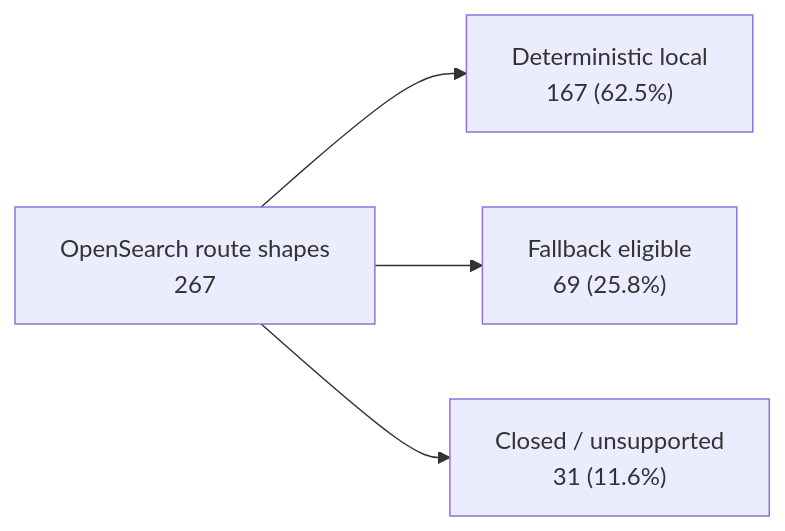
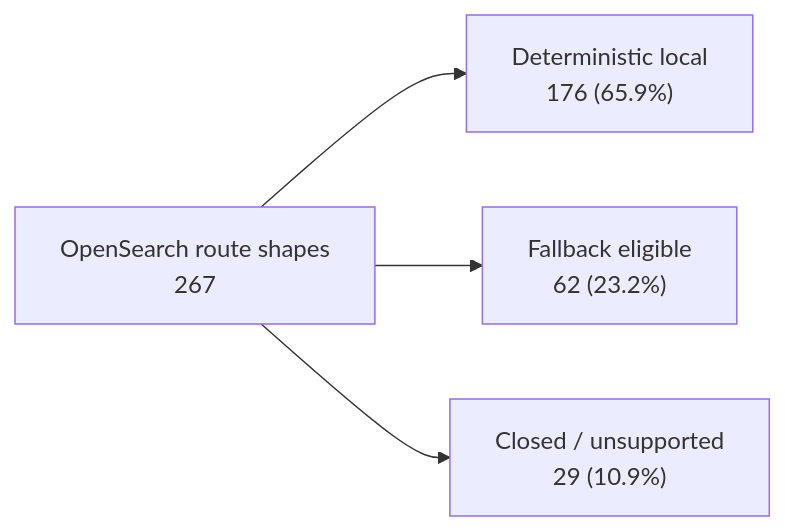
One commit to qzg/opensearch-lite changed the first of 4 diagrams in docs/api-coverage.md. Above: the diagram before and after it, drawn with Mermaid. The commit also changed other lines of this file and 12 other files, not shown here.

````diff
--- a/docs/api-coverage.md
+++ b/docs/api-coverage.md
@@ -19,10 +19,10 @@
 ```mermaid
 flowchart LR
   all["OpenSearch route shapes\n267"]
-  deterministic["Deterministic local\n167 (62.5%)"]
-  fallback["Fallback eligible\n69 (25.8%)"]
-  closed["Closed / unsupported\n31 (11.6%)"]
+  deterministic["Deterministic local\n176 (65.9%)"]
+  fallback["Fallback eligible\n62 (23.2%)"]
+  closed["Closed / unsupported\n29 (10.9%)"]
   all --> deterministic
   all --> fallback
   all --> closed
 ```
````
